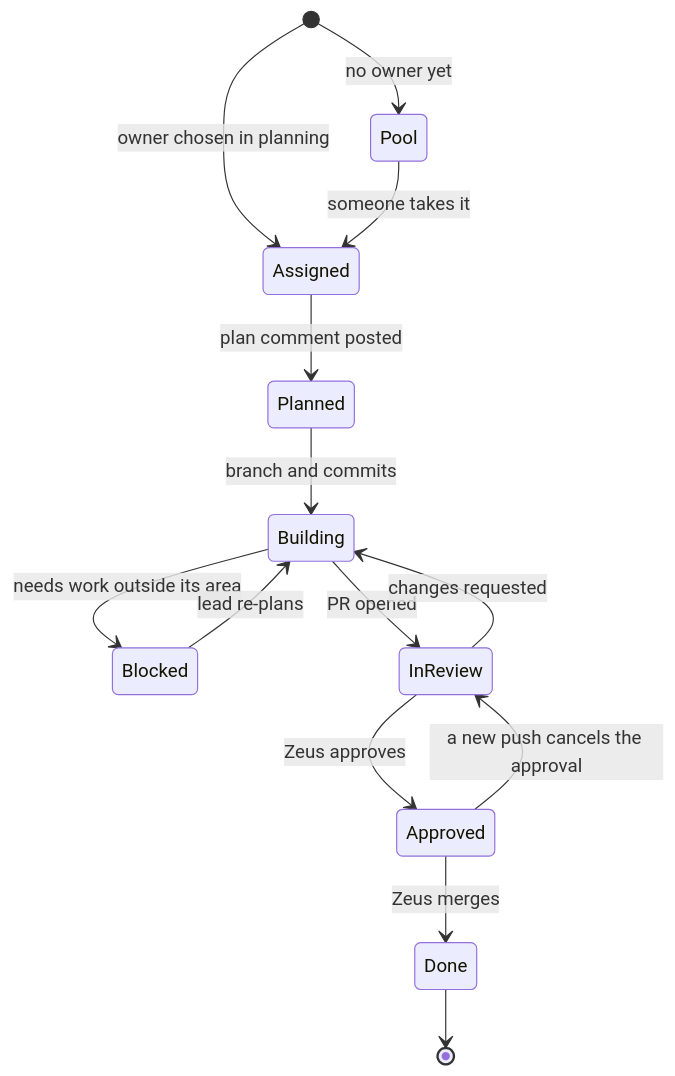
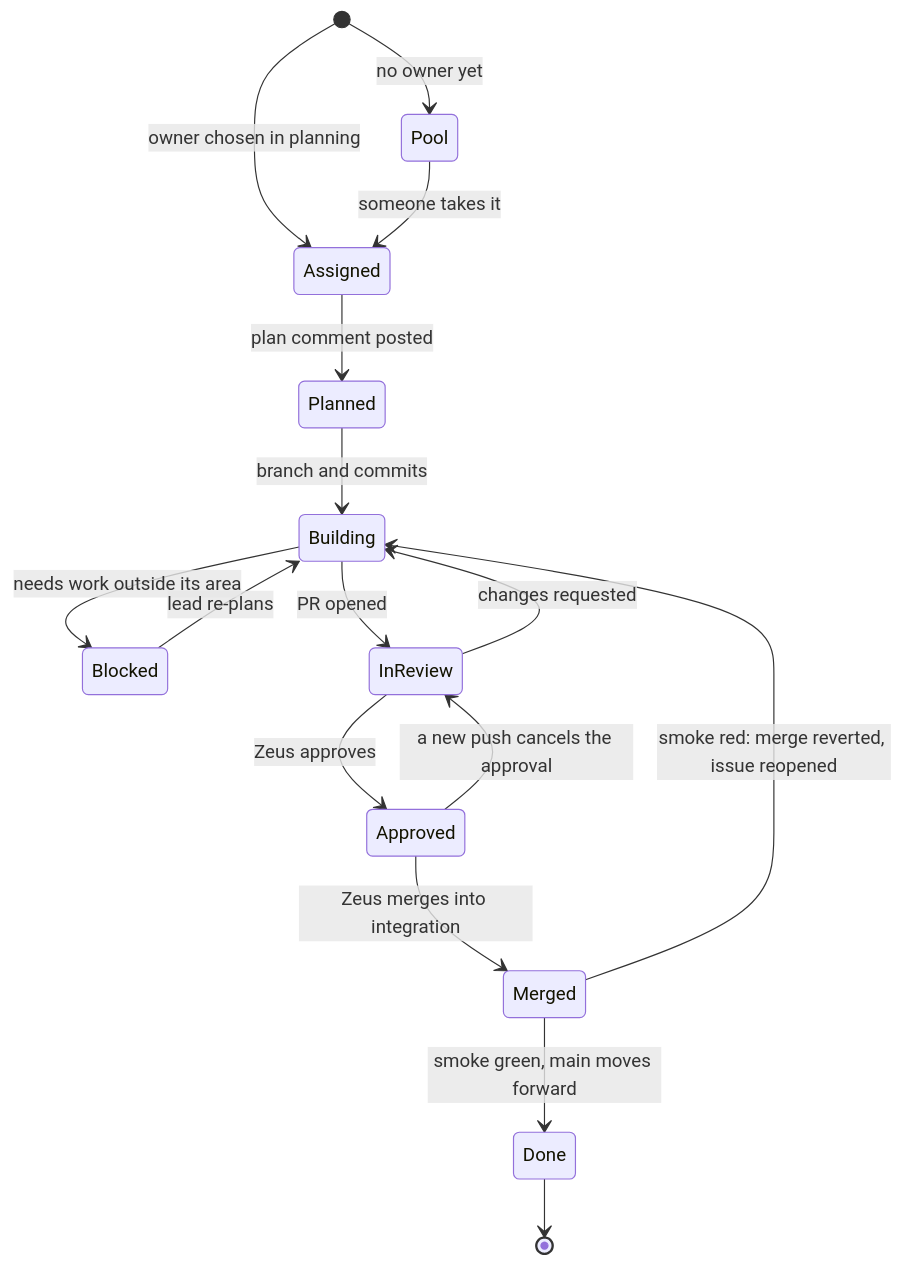
Before and after one commit to atiladeokegab/hackathon_teamwork: the fourth of 5 diagrams in README.md, drawn with Mermaid. The commit also changed other lines of this file and 1 other file, not shown here.

Commit message:
T-230 review fixes: questions found by mention, one-line PowerShell-safe command, answered questions skipped, PRs based on integration, pool issues edit their Files, Depends on readiness, Prometheus plans via Zeus; README order, smoke revert in the diagrams, admin exception stated

````diff
--- a/README.md
+++ b/README.md
@@ -107,16 +111,18 @@
 ```mermaid
 stateDiagram-v2
     [*] --> Pool: no owner yet
     [*] --> Assigned: owner chosen in planning
     Pool --> Assigned: someone takes it
     Assigned --> Planned: plan comment posted
     Planned --> Building: branch and commits
     Building --> Blocked: needs work outside its area
     Blocked --> Building: lead re-plans
     Building --> InReview: PR opened
     InReview --> Building: changes requested
     InReview --> Approved: Zeus approves
     Approved --> InReview: a new push cancels the approval
-    Approved --> Done: Zeus merges
+    Approved --> Merged: Zeus merges into integration
+    Merged --> Done: smoke green, main moves forward
+    Merged --> Building: smoke red: merge reverted, issue reopened
     Done --> [*]
 ```
````
